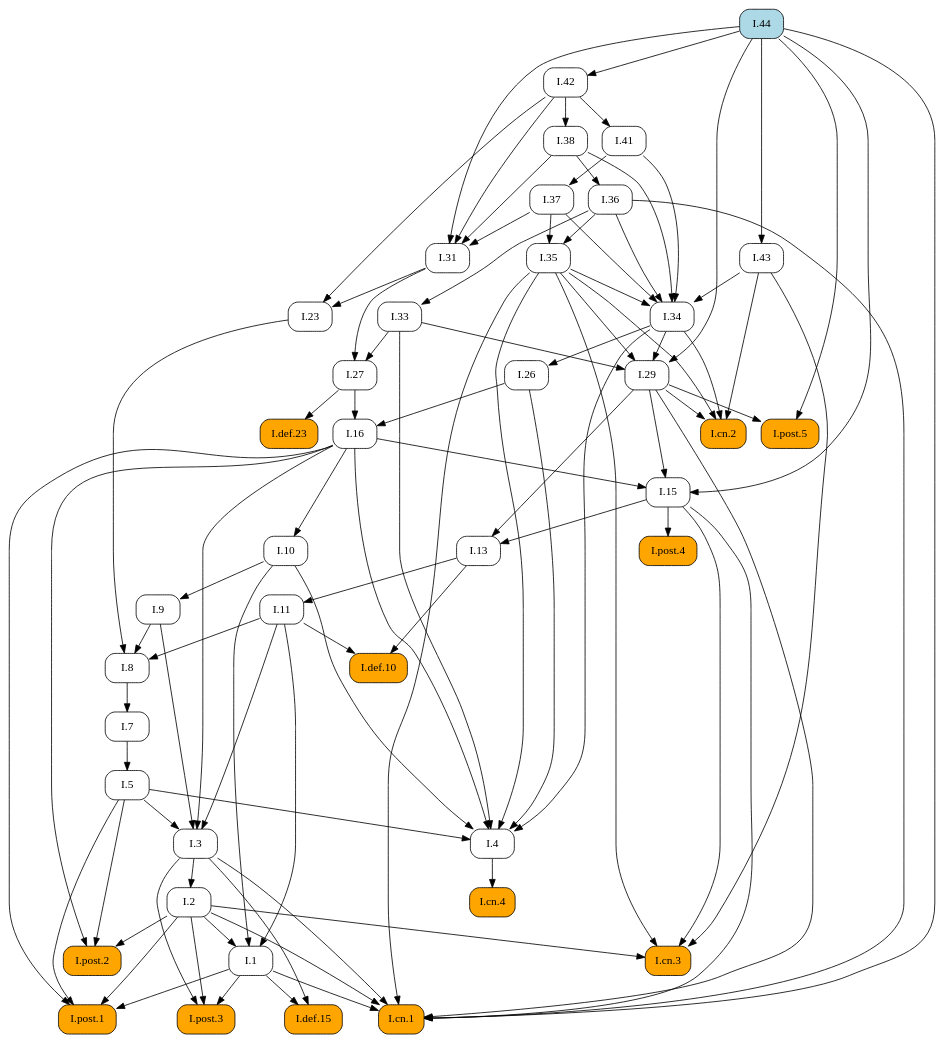
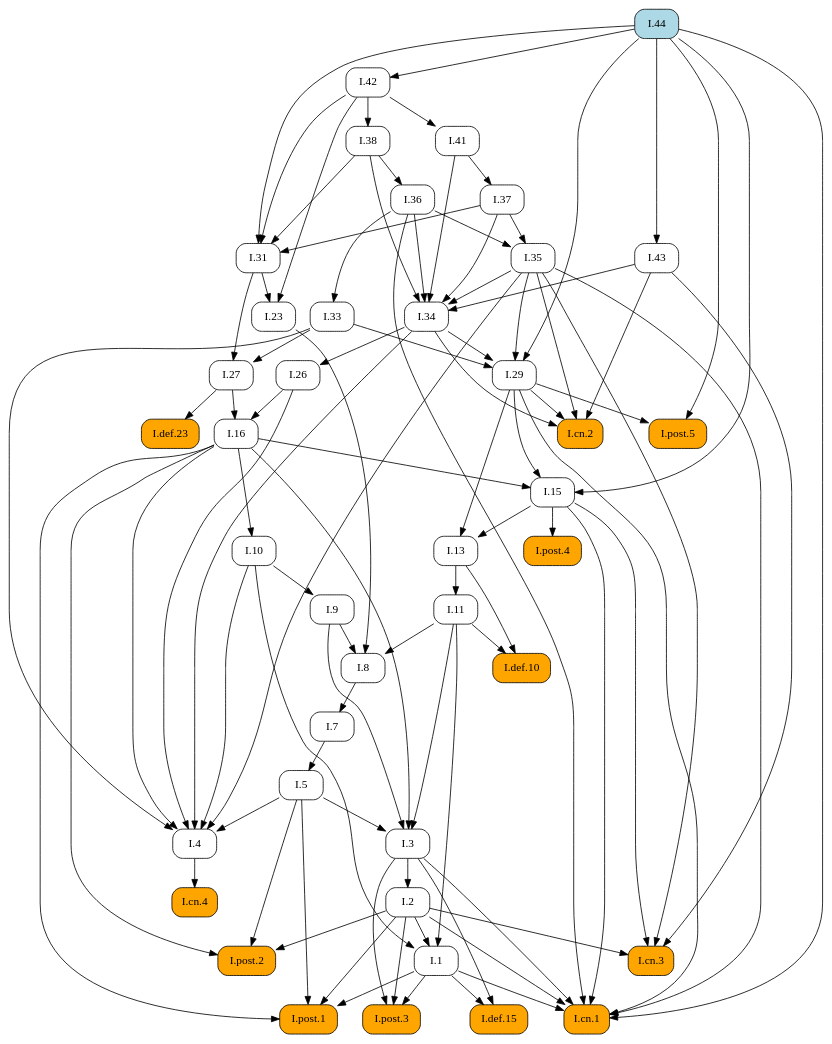
One commit to geometor/elements changed the diagram in docsrc/heath/I/44/index.rst. Above: the diagram before and after it, drawn with Graphviz. The commit also changed other lines of this file and 1029 other files, not shown here.

```diff
--- a/docsrc/heath/I/44/index.rst
+++ b/docsrc/heath/I/44/index.rst
@@ -59,130 +59,67 @@
    digraph {
      rankdir="TB";
      node [shape=box, style=rounded];
+     "I.def.10" [style="rounded,filled", fillcolor=orange, URL="/heath/I/def.10/", target="_top"];
+     "I.11" [URL="/heath/I/11/", target="_top"];
+     "I.post.4" [style="rounded,filled", fillcolor=orange, URL="/heath/I/post.4/", target="_top"];
+     "I.1" [URL="/heath/I/1/", target="_top"];
+     "I.26" [URL="/heath/I/26/", target="_top"];
+     "I.29" [URL="/heath/I/29/", target="_top"];
+     "I.cn.2" [style="rounded,filled", fillcolor=orange, URL="/heath/I/cn.2/", target="_top"];
+     "I.def.15" [style="rounded,filled", fillcolor=orange, URL="/heath/I/def.15/", target="_top"];
+     "I.post.3" [style="rounded,filled", fillcolor=orange, URL="/heath/I/post.3/", target="_top"];
+     "I.cn.1" [style="rounded,filled", fillcolor=orange, URL="/heath/I/cn.1/", target="_top"];
      "I.cn.3" [style="rounded,filled", fillcolor=orange, URL="/heath/I/cn.3/", target="_top"];
-     "I.29" [URL="/heath/I/29/", target="_top"];
-     "I.7" [URL="/heath/I/7/", target="_top"];
+     "I.23" [URL="/heath/I/23/", target="_top"];
+     "I.43" [URL="/heath/I/43/", target="_top"];
+     "I.post.1" [style="rounded,filled", fillcolor=orange, URL="/heath/I/post.1/", target="_top"];
+     "I.35" [URL="/heath/I/35/", target="_top"];
+     "I.41" [URL="/heath/I/41/", target="_top"];
      "I.27" [URL="/heath/I/27/", target="_top"];
-     "I.38" [URL="/heath/I/38/", target="_top"];
-     "I.def.23" [style="rounded,filled", fillcolor=orange, URL="/heath/I/def.23/", target="_top"];
+     "I.36" [URL="/heath/I/36/", target="_top"];
      "I.37" [URL="/heath/I/37/", target="_top"];
      "I.34" [URL="/heath/I/34/", target="_top"];
+     "I.3" [URL="/heath/I/3/", target="_top"];
+     "I.7" [URL="/heath/I/7/", target="_top"];
+     "I.2" [URL="/heath/I/2/", target="_top"];
+     "I.def.23" [style="rounded,filled", fillcolor=orange, URL="/heath/I/def.23/", target="_top"];
+     "I.4" [URL="/heath/I/4/", target="_top"];
+     "I.13" [URL="/heath/I/13/", target="_top"];
+     "I.33" [URL="/heath/I/33/", target="_top"];
+     "I.31" [URL="/heath/I/31/", target="_top"];
+     "I.post.2" [style="rounded,filled", fillcolor=orange, URL="/heath/I/post.2/", target="_top"];
+     "I.16" [URL="/heath/I/16/", target="_top"];
+     "I.42" [URL="/heath/I/42/", target="_top"];
+     "I.9" [URL="/heath/I/9/", target="_top"];
      "I.8" [URL="/heath/I/8/", target="_top"];
-     "I.9" [URL="/heath/I/9/", target="_top"];
-     "I.post.4" [style="rounded,filled", fillcolor=orange, URL="/heath/I/post.4/", target="_top"];
-     "I.2" [URL="/heath/I/2/", target="_top"];
-     "I.42" [URL="/heath/I/42/", target="_top"];
-     "I.def.15" [style="rounded,filled", fillcolor=orange, URL="/heath/I/def.15/", target="_top"];
-     "I.1" [URL="/heath/I/1/", target="_top"];
+     "I.cn.4" [style="rounded,filled", fillcolor=orange, URL="/heath/I/cn.4/", target="_top"];
+     "I.15" [URL="/heath/I/15/", target="_top"];
+     "I.post.5" [style="rounded,filled", fillcolor=orange, URL="/heath/I/post.5/", target="_top"];
      "I.44" [style="rounded,filled", fillcolor=lightblue, URL="/heath/I/44/", target="_top"];
-     "I.post.1" [style="rounded,filled", fillcolor=orange, URL="/heath/I/post.1/", target="_top"];
-     "I.cn.4" [style="rounded,filled", fillcolor=orange, URL="/heath/I/cn.4/", target="_top"];
-     "I.26" [URL="/heath/I/26/", target="_top"];
-     "I.33" [URL="/heath/I/33/", target="_top"];
-     "I.23" [URL="/heath/I/23/", target="_top"];
-     "I.13" [URL="/heath/I/13/", target="_top"];
-     "I.cn.2" [style="rounded,filled", fillcolor=orange, URL="/heath/I/cn.2/", target="_top"];
+     "I.38" [URL="/heath/I/38/", target="_top"];
+     "I.10" [URL="/heath/I/10/", target="_top"];
      "I.5" [URL="/heath/I/5/", target="_top"];
-     "I.11" [URL="/heath/I/11/", target="_top"];
-     "I.10" [URL="/heath/I/10/", target="_top"];
-     "I.4" [URL="/heath/I/4/", target="_top"];
-     "I.3" [URL="/heath/I/3/", target="_top"];
-     "I.16" [URL="/heath/I/16/", target="_top"];
-     "I.31" [URL="/heath/I/31/", target="_top"];
-     "I.def.10" [style="rounded,filled", fillcolor=orange, URL="/heath/I/def.10/", target="_top"];
-     "I.43" [URL="/heath/I/43/", target="_top"];
-     "I.post.2" [style="rounded,filled", fillcolor=orange, URL="/heath/I/post.2/", target="_top"];
-     "I.post.3" [style="rounded,filled", fillcolor=orange, URL="/heath/I/post.3/", target="_top"];
-     "I.post.5" [style="rounded,filled", fillcolor=orange, URL="/heath/I/post.5/", target="_top"];
-     "I.36" [URL="/heath/I/36/", target="_top"];
-     "I.35" [URL="/heath/I/35/", target="_top"];
-     "I.15" [URL="/heath/I/15/", target="_top"];
-     "I.cn.1" [style="rounded,filled", fillcolor=orange, URL="/heath/I/cn.1/", target="_top"];
-     "I.41" [URL="/heath/I/41/", target="_top"];
-     "I.2" -> "I.cn.3";
-     "I.15" -> "I.cn.3";
-     "I.35" -> "I.cn.3";
-     "I.43" -> "I.cn.3";
+     "I.11" -> "I.def.10";
+     "I.13" -> "I.def.10";
+     "I.13" -> "I.11";
+     "I.15" -> "I.post.4";
+     "I.2" -> "I.1";
+     "I.10" -> "I.1";
+     "I.11" -> "I.1";
+     "I.34" -> "I.26";
      "I.33" -> "I.29";
      "I.34" -> "I.29";
      "I.35" -> "I.29";
      "I.44" -> "I.29";
-     "I.8" -> "I.7";
-     "I.31" -> "I.27";
-     "I.33" -> "I.27";
-     "I.42" -> "I.38";
-     "I.27" -> "I.def.23";
-     "I.41" -> "I.37";
-     "I.35" -> "I.34";
-     "I.36" -> "I.34";
-     "I.37" -> "I.34";
-     "I.38" -> "I.34";
-     "I.41" -> "I.34";
-     "I.43" -> "I.34";
-     "I.9" -> "I.8";
-     "I.11" -> "I.8";
-     "I.23" -> "I.8";
-     "I.10" -> "I.9";
-     "I.15" -> "I.post.4";
-     "I.3" -> "I.2";
-     "I.44" -> "I.42";
-     "I.1" -> "I.def.15";
-     "I.3" -> "I.def.15";
-     "I.2" -> "I.1";
-     "I.10" -> "I.1";
-     "I.11" -> "I.1";
-     "I.1" -> "I.post.1";
-     "I.2" -> "I.post.1";
-     "I.5" -> "I.post.1";
-     "I.16" -> "I.post.1";
-     "I.4" -> "I.cn.4";
-     "I.34" -> "I.26";
-     "I.36" -> "I.33";
-     "I.31" -> "I.23";
-     "I.42" -> "I.23";
-     "I.15" -> "I.13";
-     "I.29" -> "I.13";
      "I.29" -> "I.cn.2";
      "I.34" -> "I.cn.2";
      "I.35" -> "I.cn.2";
      "I.43" -> "I.cn.2";
-     "I.7" -> "I.5";
-     "I.13" -> "I.11";
-     "I.16" -> "I.10";
-     "I.5" -> "I.4";
-     "I.10" -> "I.4";
-     "I.16" -> "I.4";
-     "I.26" -> "I.4";
-     "I.33" -> "I.4";
-     "I.34" -> "I.4";
-     "I.35" -> "I.4";
-     "I.5" -> "I.3";
-     "I.9" -> "I.3";
-     "I.11" -> "I.3";
-     "I.16" -> "I.3";
-     "I.26" -> "I.16";
-     "I.27" -> "I.16";
-     "I.37" -> "I.31";
-     "I.38" -> "I.31";
-     "I.42" -> "I.31";
-     "I.44" -> "I.31";
-     "I.11" -> "I.def.10";
-     "I.13" -> "I.def.10";
-     "I.44" -> "I.43";
-     "I.2" -> "I.post.2";
-     "I.5" -> "I.post.2";
-     "I.16" -> "I.post.2";
+     "I.1" -> "I.def.15";
+     "I.3" -> "I.def.15";
      "I.1" -> "I.post.3";
      "I.2" -> "I.post.3";
      "I.3" -> "I.post.3";
-     "I.29" -> "I.post.5";
-     "I.44" -> "I.post.5";
-     "I.38" -> "I.36";
-     "I.36" -> "I.35";
-     "I.37" -> "I.35";
-     "I.16" -> "I.15";
-     "I.29" -> "I.15";
-     "I.44" -> "I.15";
      "I.1" -> "I.cn.1";
      "I.2" -> "I.cn.1";
      "I.3" -> "I.cn.1";
@@ -191,5 +128,68 @@
      "I.35" -> "I.cn.1";
      "I.36" -> "I.cn.1";
      "I.44" -> "I.cn.1";
+     "I.2" -> "I.cn.3";
+     "I.15" -> "I.cn.3";
+     "I.35" -> "I.cn.3";
+     "I.43" -> "I.cn.3";
+     "I.31" -> "I.23";
+     "I.42" -> "I.23";
+     "I.44" -> "I.43";
+     "I.1" -> "I.post.1";
+     "I.2" -> "I.post.1";
+     "I.5" -> "I.post.1";
+     "I.16" -> "I.post.1";
+     "I.36" -> "I.35";
+     "I.37" -> "I.35";
      "I.42" -> "I.41";
+     "I.31" -> "I.27";
+     "I.33" -> "I.27";
+     "I.38" -> "I.36";
+     "I.41" -> "I.37";
+     "I.35" -> "I.34";
+     "I.36" -> "I.34";
+     "I.37" -> "I.34";
+     "I.38" -> "I.34";
+     "I.41" -> "I.34";
+     "I.43" -> "I.34";
+     "I.5" -> "I.3";
+     "I.9" -> "I.3";
+     "I.11" -> "I.3";
+     "I.16" -> "I.3";
+     "I.8" -> "I.7";
+     "I.3" -> "I.2";
+     "I.27" -> "I.def.23";
+     "I.5" -> "I.4";
+     "I.10" -> "I.4";
+     "I.16" -> "I.4";
+     "I.26" -> "I.4";
+     "I.33" -> "I.4";
+     "I.34" -> "I.4";
+     "I.35" -> "I.4";
+     "I.15" -> "I.13";
+     "I.29" -> "I.13";
+     "I.36" -> "I.33";
+     "I.37" -> "I.31";
+     "I.38" -> "I.31";
+     "I.42" -> "I.31";
+     "I.44" -> "I.31";
+     "I.2" -> "I.post.2";
+     "I.5" -> "I.post.2";
+     "I.16" -> "I.post.2";
+     "I.26" -> "I.16";
+     "I.27" -> "I.16";
+     "I.44" -> "I.42";
+     "I.10" -> "I.9";
+     "I.9" -> "I.8";
+     "I.11" -> "I.8";
+     "I.23" -> "I.8";
+     "I.4" -> "I.cn.4";
+     "I.16" -> "I.15";
+     "I.29" -> "I.15";
+     "I.44" -> "I.15";
+     "I.29" -> "I.post.5";
+     "I.44" -> "I.post.5";
+     "I.42" -> "I.38";
+     "I.16" -> "I.10";
+     "I.7" -> "I.5";
    }
```
